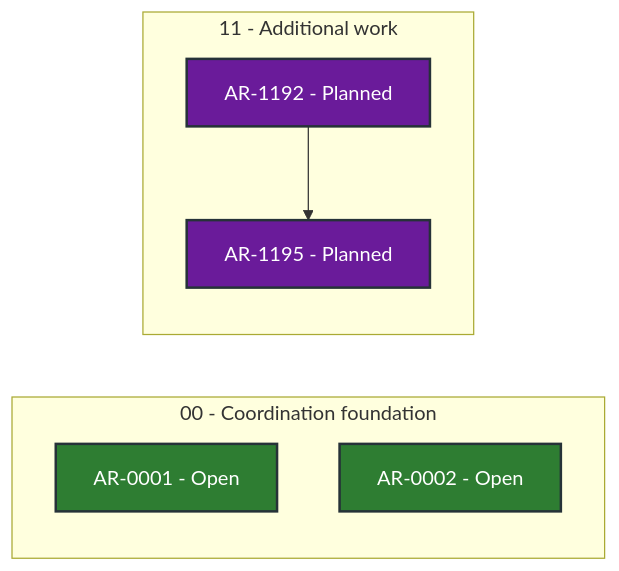
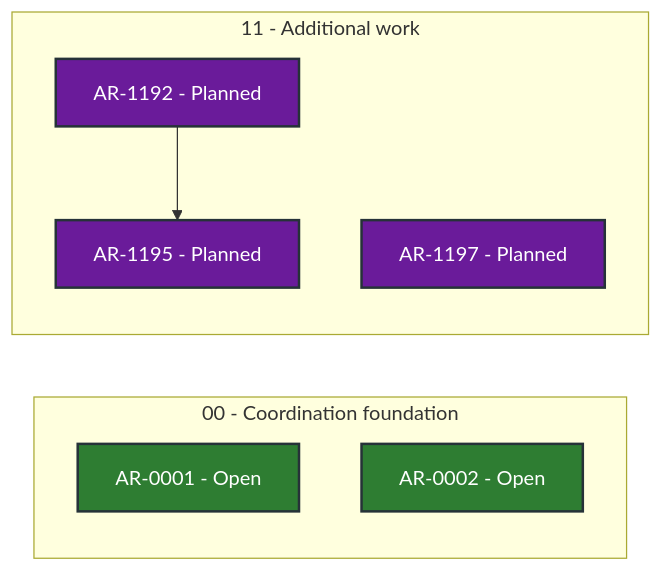
Before and after one commit to martin-beck/asb-tui-state: the diagram in STATUS.md, drawn with Mermaid. The commit also changed other lines of this file and 1 other file, not shown here.

````diff
--- a/STATUS.md
+++ b/STATUS.md
@@ -27,22 +27,23 @@
 ```mermaid
 flowchart LR
     subgraph series_00["00 - Coordination foundation"]
         direction TB
         AR_0001["AR-0001 - Open"]:::status_open
         AR_0002["AR-0002 - Open"]:::status_open
     end
     subgraph series_11["11 - Additional work"]
         direction TB
         AR_1192["AR-1192 - Planned"]:::status_planned
         AR_1195["AR-1195 - Planned"]:::status_planned
+        AR_1197["AR-1197 - Planned"]:::status_planned
     end
     AR_1192 --> AR_1195
     classDef status_in_progress fill:#1565c0,color:#ffffff,stroke:#263238,stroke-width:2px
     classDef status_open fill:#2e7d32,color:#ffffff,stroke:#263238,stroke-width:2px
     classDef status_blocked fill:#c62828,color:#ffffff,stroke:#263238,stroke-width:2px
     classDef status_planned fill:#6a1b9a,color:#ffffff,stroke:#263238,stroke-width:2px
     classDef status_future fill:#455a64,color:#ffffff,stroke:#263238,stroke-width:2px
     classDef status_done fill:#00695c,color:#ffffff,stroke:#263238,stroke-width:2px
     classDef status_cancelled fill:#616161,color:#ffffff,stroke:#263238,stroke-width:2px
     classDef status_superseded fill:#5d4037,color:#ffffff,stroke:#263238,stroke-width:2px
 ```
````
